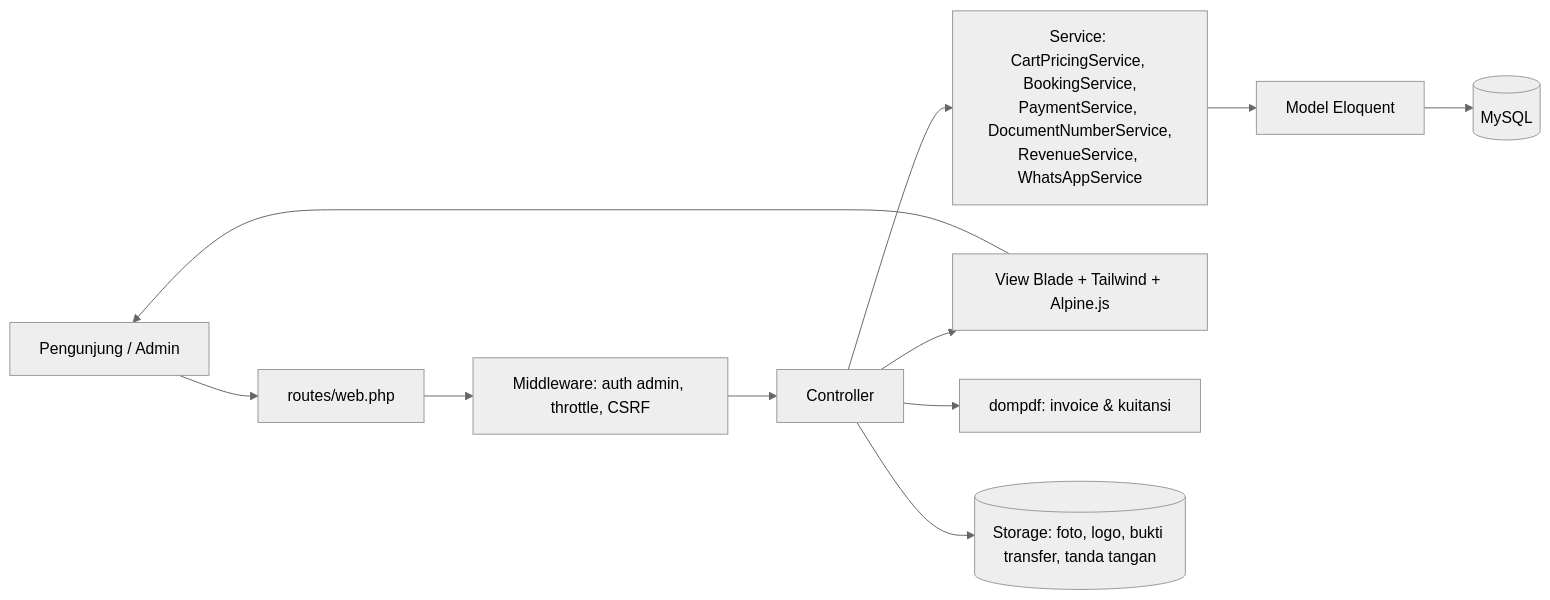
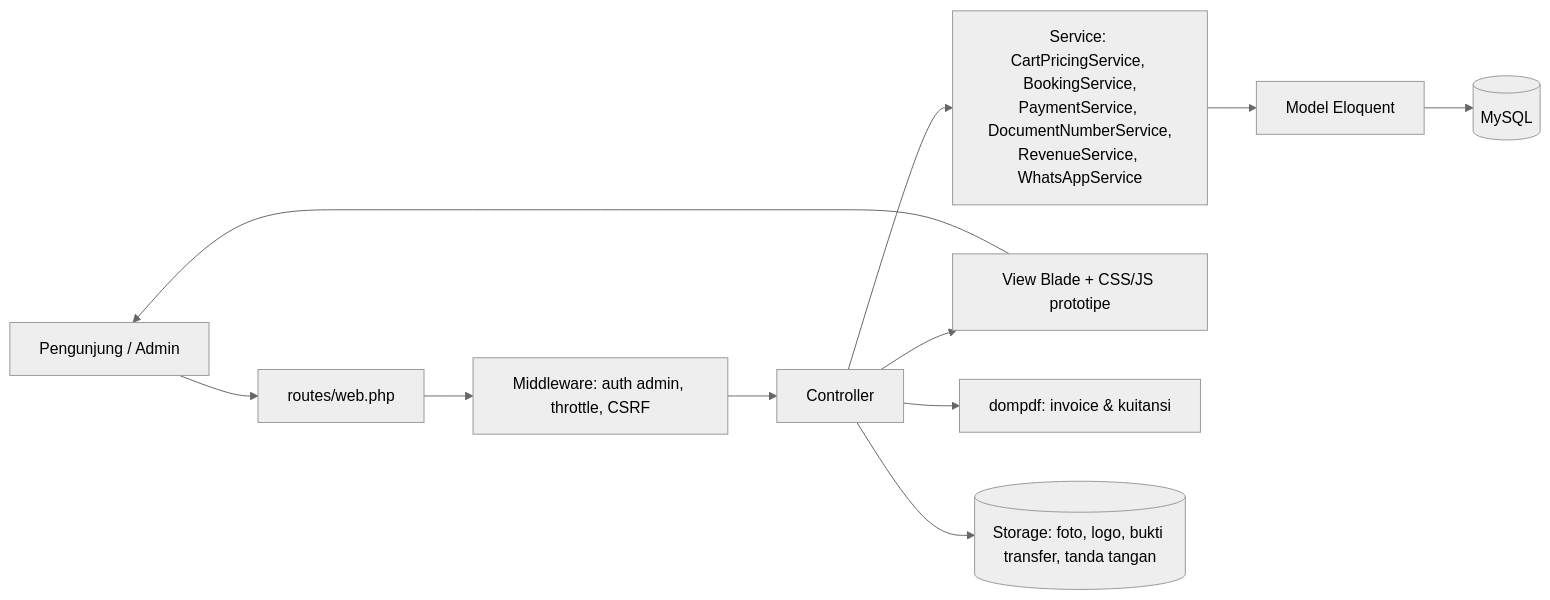
The first of 9 diagrams in docs/ALUR-PROGRAM.md (maazzekaaa/website-eo), drawn with Mermaid (neutral theme) before and after one commit. The commit also changed 3 other files, not shown here.

````diff
--- a/docs/ALUR-PROGRAM.md
+++ b/docs/ALUR-PROGRAM.md
@@ -8,13 +8,13 @@
 ```mermaid
 flowchart LR
     U[Pengunjung / Admin] --> R[routes/web.php]
     R --> M[Middleware: auth admin, throttle, CSRF]
     M --> C[Controller]
     C --> S[Service: CartPricingService, BookingService,<br/>PaymentService, DocumentNumberService,<br/>RevenueService, WhatsAppService]
     S --> MD[Model Eloquent]
     MD --> DB[(MySQL)]
-    C --> V[View Blade + Tailwind + Alpine.js]
+    C --> V[View Blade + CSS/JS prototipe]
     C --> PDF[dompdf: invoice & kuitansi]
     V --> U
     C --> ST[(Storage: foto, logo, bukti transfer, tanda tangan)]
 ```
````
